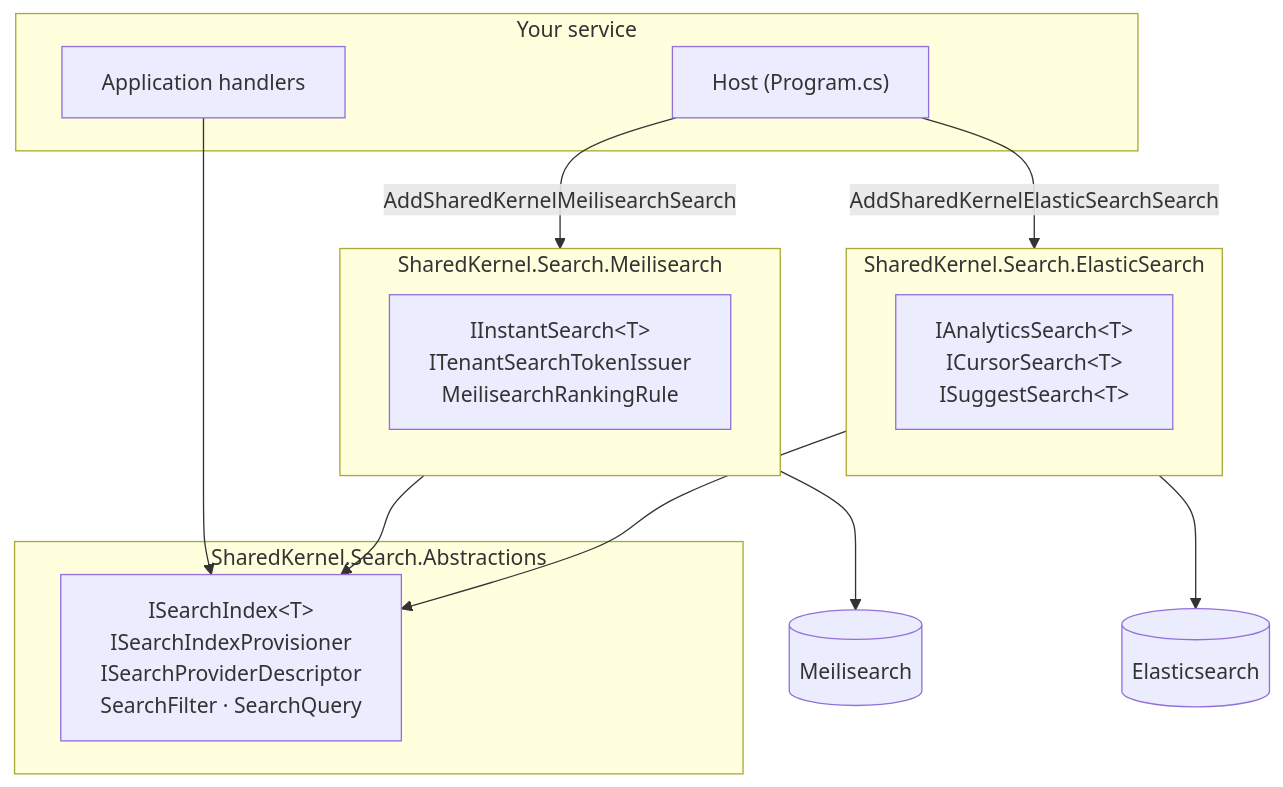
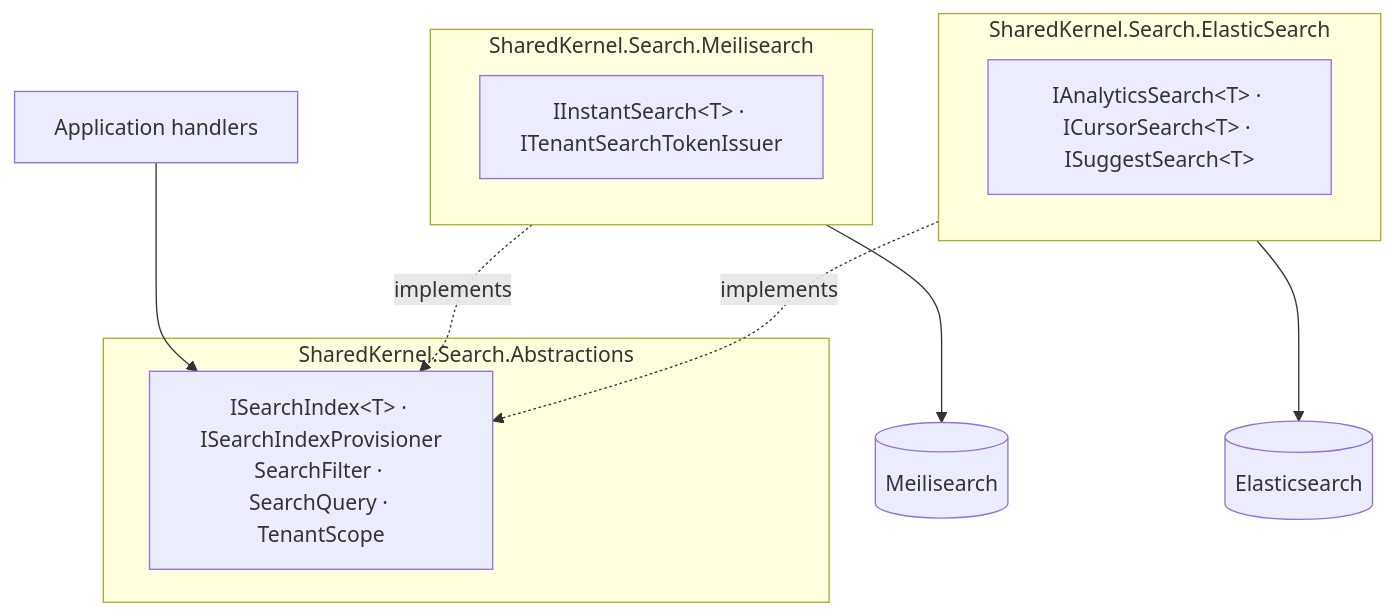
Before and after one commit to Gresta-Vertex-Labs/platform-shared-kernel: the diagram in src/Infrastructure/Search/README.md, drawn with Mermaid. The commit also changed other lines of this file and 228 other files, not shown here.

````diff
--- a/src/Infrastructure/Search/README.md
+++ b/src/Infrastructure/Search/README.md
@@ -49,27 +54,18 @@
 ```mermaid
 flowchart TB
-    subgraph app["Your service"]
-        A["Application handlers"]
-        H["Host (Program.cs)"]
+    App["Application handlers"]
+    subgraph abs["SharedKernel.Search.Abstractions"]
+        I["ISearchIndex&lt;T&gt; · ISearchIndexProvisioner<br/>SearchFilter · SearchQuery · TenantScope"]
     end
-
-    subgraph abs["SharedKernel.Search.Abstractions"]
-        I["ISearchIndex&lt;T&gt;<br/>ISearchIndexProvisioner<br/>ISearchProviderDescriptor<br/>SearchFilter · SearchQuery"]
+    subgraph meili["SharedKernel.Search.Meilisearch"]
+        M["IInstantSearch&lt;T&gt; · ITenantSearchTokenIssuer"]
     end
-
-    subgraph meili["SharedKernel.Search.Meilisearch"]
-        M["IInstantSearch&lt;T&gt;<br/>ITenantSearchTokenIssuer<br/>MeilisearchRankingRule"]
+    subgraph es["SharedKernel.Search.ElasticSearch"]
+        E["IAnalyticsSearch&lt;T&gt; · ICursorSearch&lt;T&gt; · ISuggestSearch&lt;T&gt;"]
     end
-
-    subgraph es["SharedKernel.Search.ElasticSearch"]
-        E["IAnalyticsSearch&lt;T&gt;<br/>ICursorSearch&lt;T&gt;<br/>ISuggestSearch&lt;T&gt;"]
-    end
-
-    A --> I
-    H -->|"AddSharedKernelMeilisearchSearch"| meili
-    H -->|"AddSharedKernelElasticSearchSearch"| es
-    meili --> I
-    es --> I
+    App --> I
+    meili -. implements .-> I
+    es -. implements .-> I
     meili --> MS[("Meilisearch")]
     es --> ESC[("Elasticsearch")]
 ```
````
